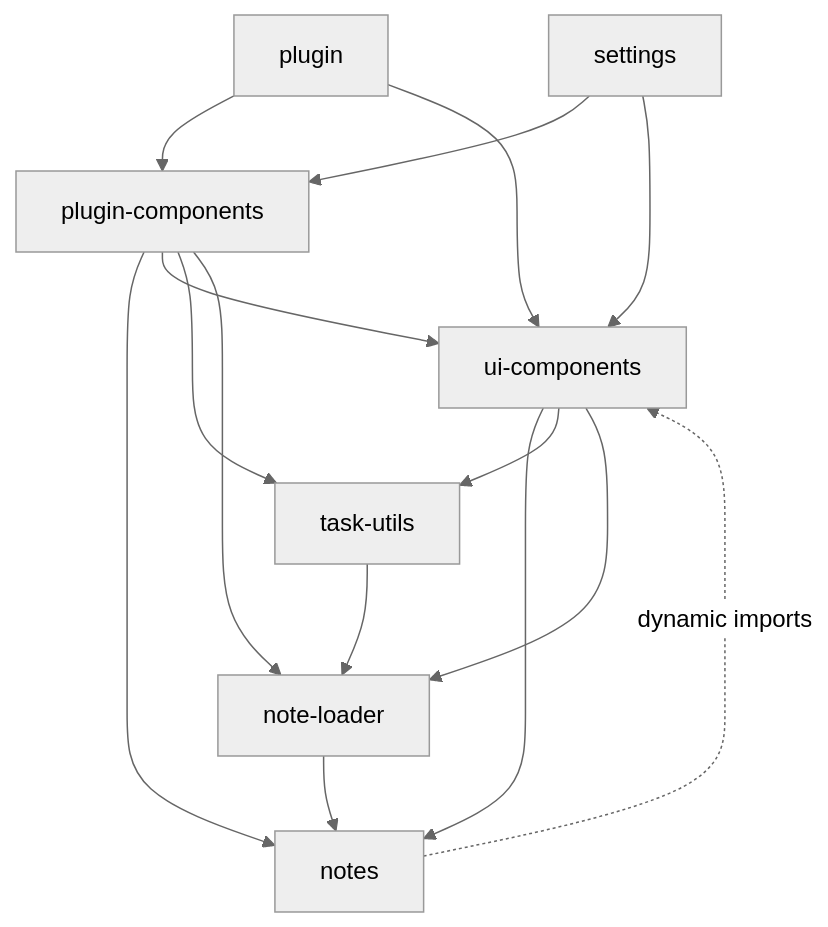
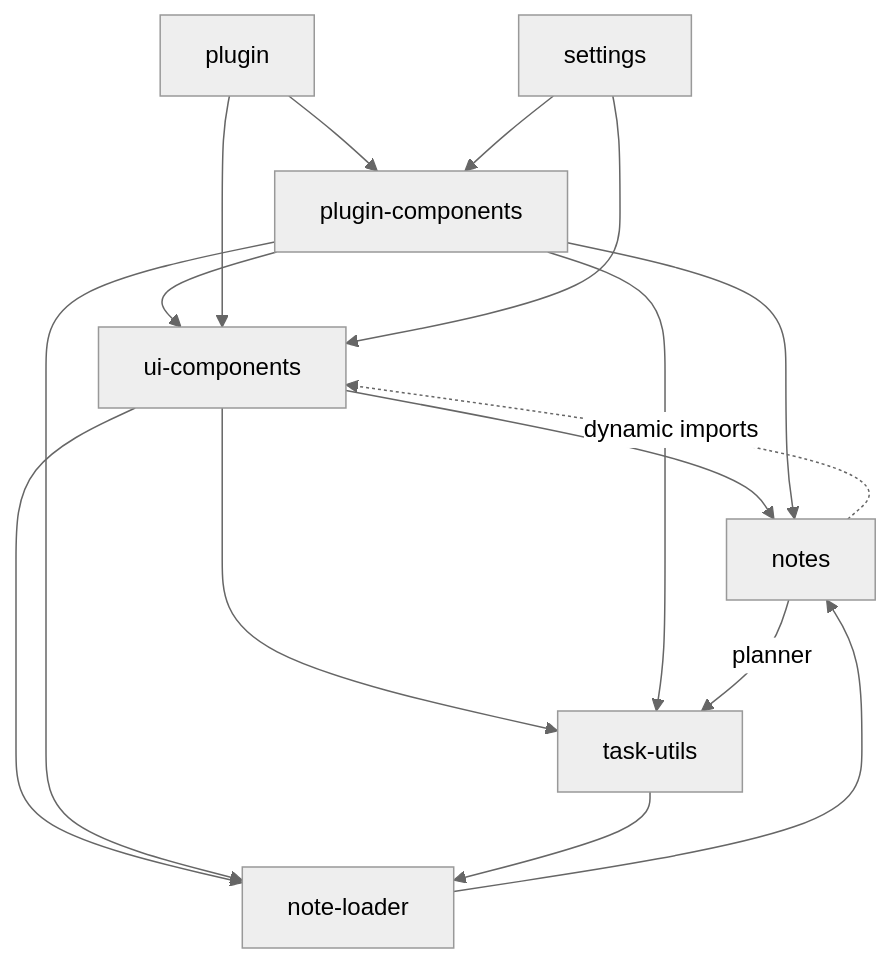
The diagram in dev_notes.md (lukastk/obako), drawn with Mermaid (neutral theme) before and after one commit. The commit also changed 4 other files, not shown here.

````diff
--- a/dev_notes.md
+++ b/dev_notes.md
@@ -4,24 +4,25 @@
 ```mermaid
 graph
 
 ui-components --> notes
 ui-components --> task-utils
 ui-components --> note-loader
 
 plugin-components --> notes
 plugin-components --> ui-components
 plugin-components --> task-utils
 plugin-components --> note-loader
 
 plugin --> plugin-components
 plugin --> ui-components
 
 note-loader --> notes
 
 settings --> plugin-components
 settings --> ui-components
 
 task-utils --> note-loader
 
 notes -.->|"dynamic imports"| ui-components
+notes -->|planner| task-utils
 ```
````
